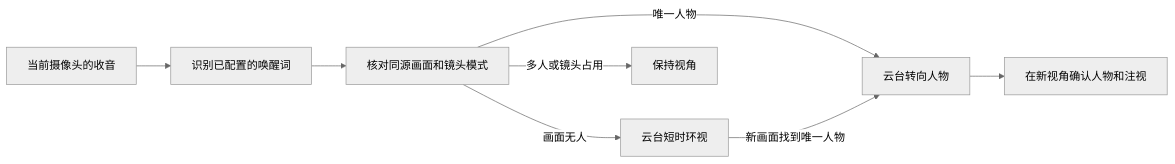
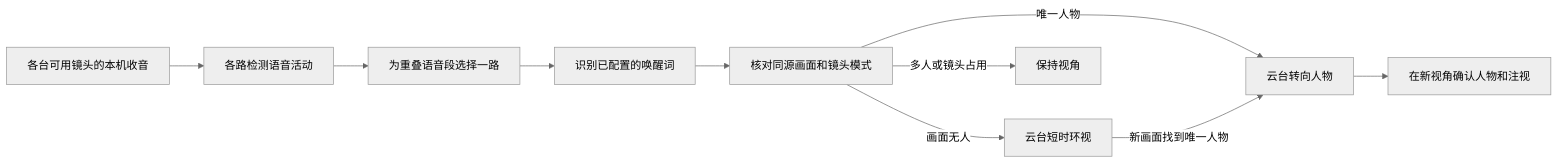
One commit to Geeprox/Friday changed the sixth of 31 diagrams in docs/architecture.md. Above: the diagram before and after it, drawn with Mermaid (neutral theme). The commit also changed other lines of this file and 12 other files, not shown here.

````diff
--- a/docs/architecture.md
+++ b/docs/architecture.md
@@ -145,10 +149,12 @@
 ```mermaid
 flowchart LR
-  A[当前摄像头的收音] --> B[识别已配置的唤醒词]
+  A[各台可用镜头的本机收音] --> V[各路检测语音活动]
+  V --> S[为重叠语音段选择一路]
+  S --> B[识别已配置的唤醒词]
   B --> C[核对同源画面和镜头模式]
   C -->|唯一人物| D[云台转向人物]
   C -->|画面无人| E[云台短时环视]
   E -->|新画面找到唯一人物| D
   C -->|多人或镜头占用| F[保持视角]
   D --> G[在新视角确认人物和注视]
 ```
````
